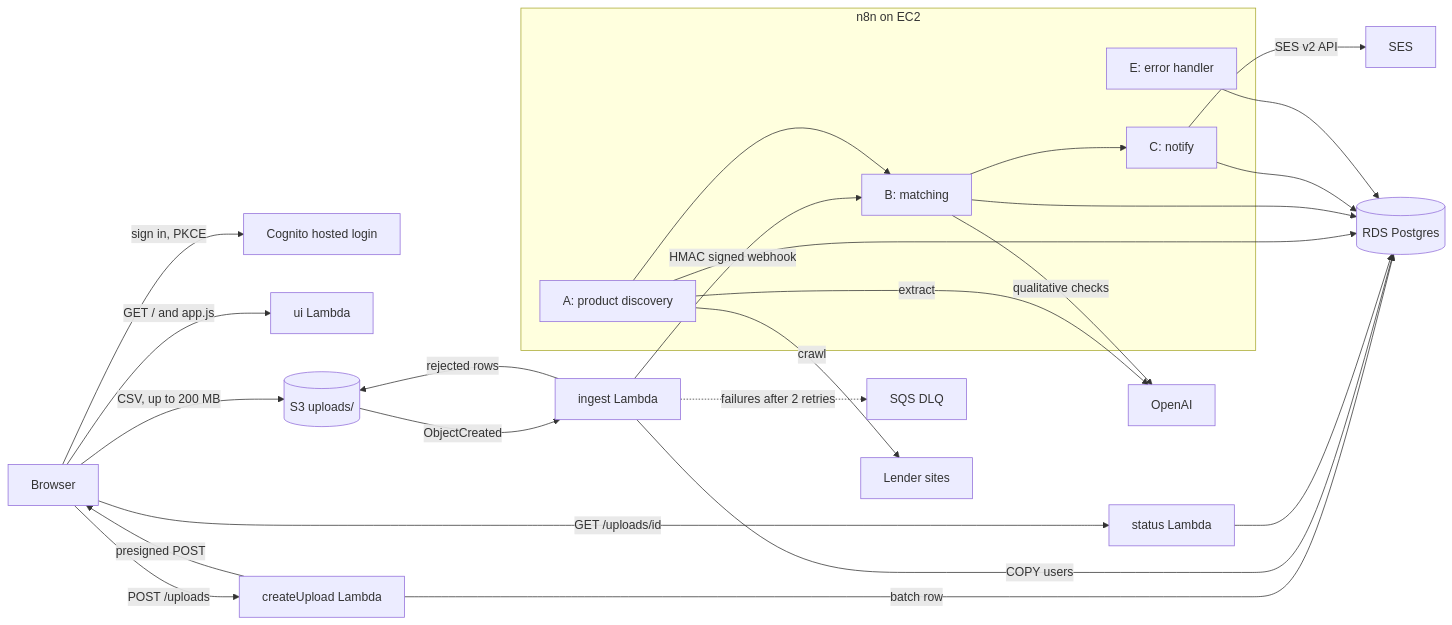
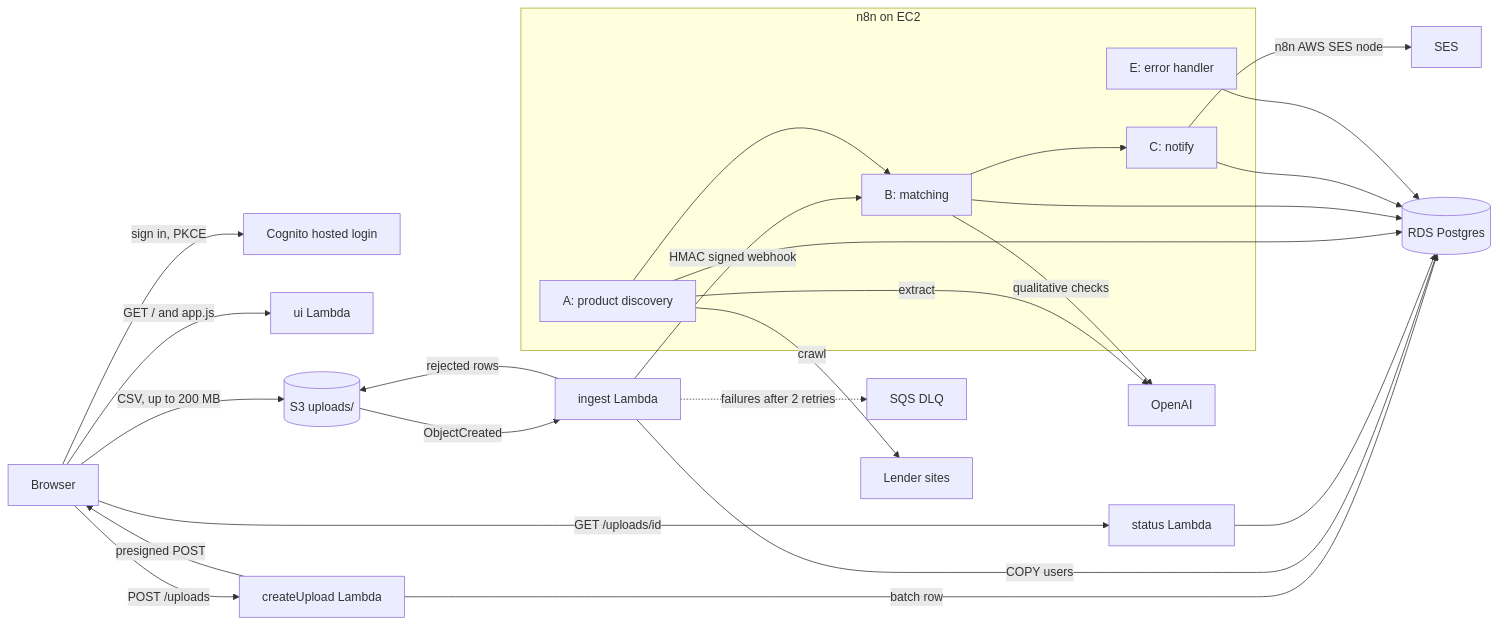
The diagram in README.md (Arshdeep54/sieve), drawn with Mermaid before and after one commit. The commit also changed other lines of this file and 2 other files, not shown here.

Commit message:
send email with n8n aws ses node

````diff
--- a/README.md
+++ b/README.md
@@ -14,28 +14,28 @@
 ```mermaid
 flowchart LR
     Browser -->|sign in, PKCE| Cognito[Cognito hosted login]
     Browser -->|GET / and app.js| UI[ui Lambda]
     Browser -->|POST /uploads| Create[createUpload Lambda]
     Create -->|batch row| RDS[(RDS Postgres)]
     Create -->|presigned POST| Browser
     Browser -->|CSV, up to 200 MB| S3[(S3 uploads/)]
     S3 -->|ObjectCreated| Ingest[ingest Lambda]
     Ingest -->|COPY users| RDS
     Ingest -->|rejected rows| S3
     Ingest -.->|failures after 2 retries| DLQ[SQS DLQ]
     Ingest -->|HMAC signed webhook| B
     Browser -->|GET /uploads/id| Status[status Lambda]
     Status --> RDS
 
     subgraph EC2 [n8n on EC2]
         A[A: product discovery] --> B[B: matching]
         B --> C[C: notify]
         E[E: error handler]
     end
 
     A -->|crawl| Lenders[Lender sites]
     A -->|extract| OpenAI
     B -->|qualitative checks| OpenAI
     A & B & C & E --> RDS
-    C -->|SES v2 API| SES
+    C -->|n8n AWS SES node| SES
 ```
````
